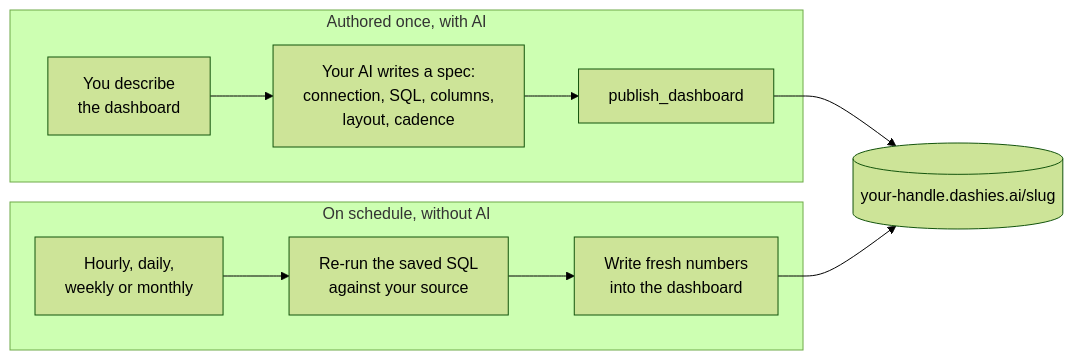
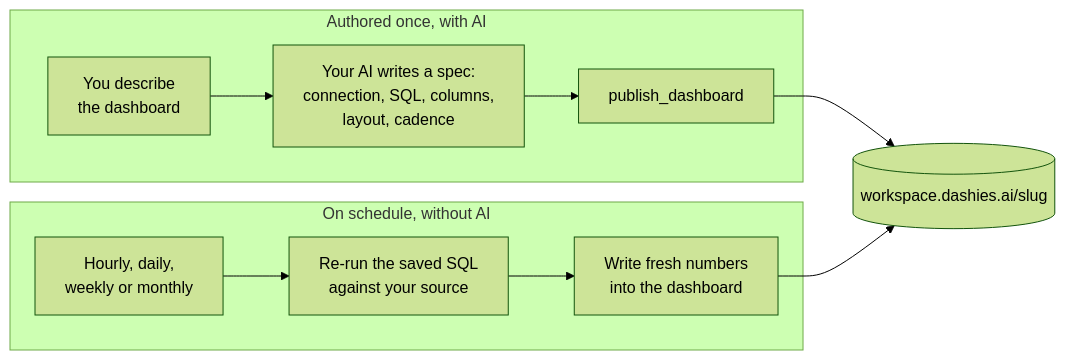
The diagram in README.md (Dashies-ai/dashies-plugin), drawn with Mermaid (forest theme) before and after one commit. The commit also changed other lines of this file and 9 other files, not shown here.

First line of the commit message:
The dashies skill 0.44.0: the wait moves into get_refresh_status, a page gets chart recipes it can paste, and a dashies.data call asks for exactly the datasets it names

````diff
--- a/README.md
+++ b/README.md
@@ -104,13 +104,13 @@
 ```mermaid
 flowchart LR
   subgraph once["Authored once, with AI"]
     A["You describe<br/>the dashboard"] --> B["Your AI writes a spec:<br/>connection, SQL, columns,<br/>layout, cadence"]
     B --> C["publish_dashboard"]
   end
-  C --> D[("your-handle.dashies.ai/slug")]
+  C --> D[("workspace.dashies.ai/slug")]
   subgraph loop["On schedule, without AI"]
     E["Hourly, daily,<br/>weekly or monthly"] --> F["Re-run the saved SQL<br/>against your source"]
     F --> G["Write fresh numbers<br/>into the dashboard"]
   end
   G --> D
 ```
````
